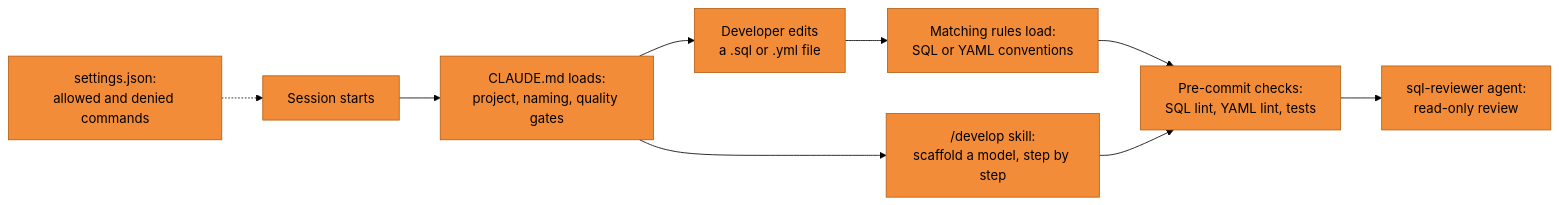
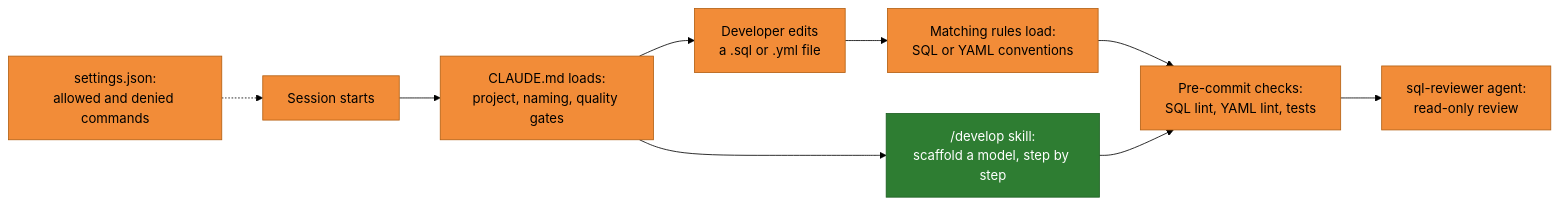
Before and after one commit to antipev/sql_preparation: diagram 14 of 22 in Project_Portfolio/Project 1/Project_1.md, drawn with Mermaid (forest theme). The commit also changed other lines of this file, not shown here.

````diff
--- a/Project_Portfolio/Project 1/Project_1.md
+++ b/Project_Portfolio/Project 1/Project_1.md
@@ -935,14 +935,16 @@
 ```mermaid
 flowchart LR
     A["Session starts"] --> B["CLAUDE.md loads:<br/>project, naming, quality gates"]
     B --> C["Developer edits<br/>a .sql or .yml file"]
     C --> D["Matching rules load:<br/>SQL or YAML conventions"]
     B --> E["/develop skill:<br/>scaffold a model, step by step"]
     D --> F["Pre-commit checks:<br/>SQL lint, YAML lint, tests"]
     E --> F
     F --> G["sql-reviewer agent:<br/>read-only review"]
     S["settings.json:<br/>allowed and denied commands"] -.-> A
 
     classDef skip fill:#F28C38,stroke:#B35F12,color:#000
-    class A,B,C,D,E,F,G,S skip
+    classDef hero fill:#2E7D32,stroke:#1B5E20,color:#fff
+    class A,B,C,D,F,G,S skip
+    class E hero
 ```
````
